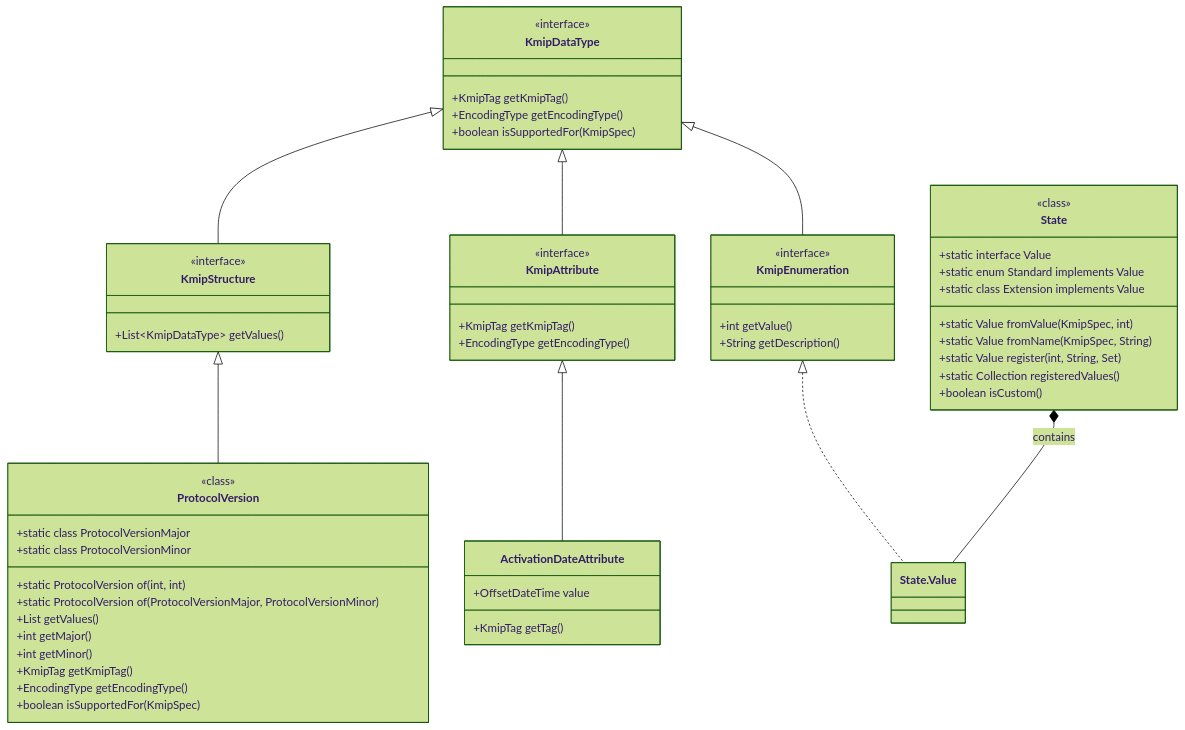
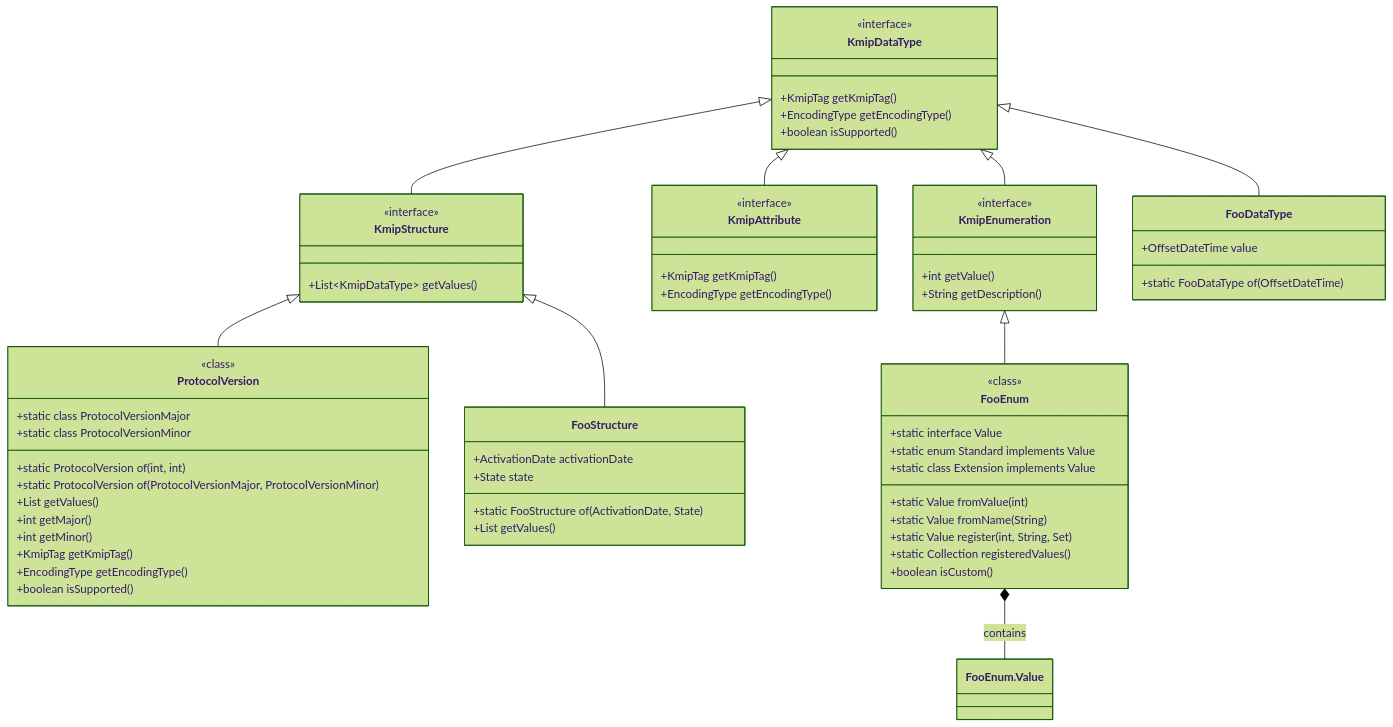
The diagram in docs/02-architecture/type-system.md (appmonster007/kmip-adapter), drawn with Mermaid (forest theme) before and after one commit. The commit also changed 16 other files, not shown here.

````diff
--- a/docs/02-architecture/type-system.md
+++ b/docs/02-architecture/type-system.md
@@ -15,70 +15,78 @@
 ```mermaid
 classDiagram
     direction TB
     
     %% Interfaces
     class KmipDataType {
         <<interface>>
         +KmipTag getKmipTag()
         +EncodingType getEncodingType()
-        +boolean isSupportedFor(KmipSpec)
+        +boolean isSupported()
     }
     
     class KmipStructure {
         <<interface>>
         +List~KmipDataType~ getValues()
     }
     
     class KmipAttribute {
         <<interface>>
         +KmipTag getKmipTag()
         +EncodingType getEncodingType()
     }
     
     class KmipEnumeration {
         <<interface>>
         +int getValue()
         +String getDescription()
     }
     
     %% Implementations
     class ProtocolVersion {
         <<class>>
         +static class ProtocolVersionMajor
         +static class ProtocolVersionMinor
         +static ProtocolVersion of(int, int)
         +static ProtocolVersion of(ProtocolVersionMajor, ProtocolVersionMinor)
         +List<KmipDataType> getValues()
         +int getMajor()
         +int getMinor()
         +KmipTag getKmipTag()
         +EncodingType getEncodingType()
-        +boolean isSupportedFor(KmipSpec)
+        +boolean isSupported()
     }
     
-    class State {
+    class FooEnum {
         <<class>>
         +static interface Value
         +static enum Standard implements Value
         +static class Extension implements Value
-        +static Value fromValue(KmipSpec, int)
-        +static Value fromName(KmipSpec, String)
+        +static Value fromValue(int)
+        +static Value fromName(String)
         +static Value register(int, String, Set<KmipSpec>)
         +static Collection<Value> registeredValues()
         +boolean isCustom()
     }
     
-    class ActivationDateAttribute {
+    class FooDataType {
         +OffsetDateTime value
-        +KmipTag getTag()
+        +static FooDataType of(OffsetDateTime)
+    }
+    
+    class FooStructure {
+        +ActivationDate activationDate
+        +State state
+        +static FooStructure of(ActivationDate, State)
+        +List<KmipDataType> getValues()
     }
     
     %% Relationships
     KmipDataType <|-- KmipStructure
     KmipDataType <|-- KmipAttribute
     KmipDataType <|-- KmipEnumeration
     KmipStructure <|-- ProtocolVersion
-    KmipAttribute <|-- ActivationDateAttribute
-    KmipEnumeration <|.. State.Value
-    State *-- State.Value : contains
+    KmipStructure <|-- FooStructure
+    KmipDataType <|-- FooDataType
+    KmipEnumeration <|-- FooEnum
+    FooEnum *-- FooEnum.Value : contains
 ```
````
